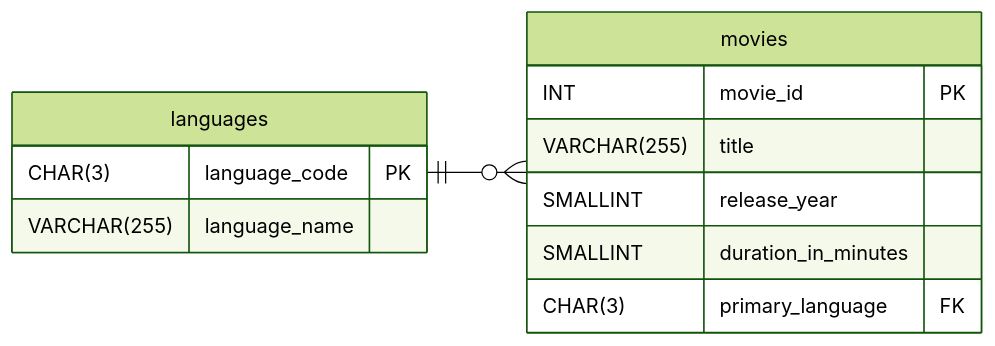
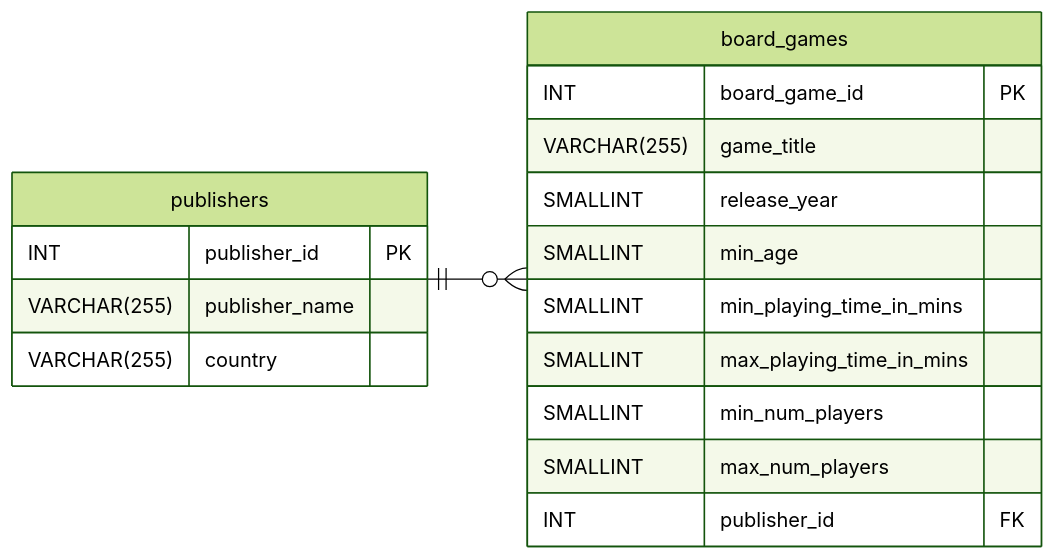
One commit to mmantle-hud/githubpages changed the first of 2 diagrams in module_3_relationships/3.1_one_to_many_relationships/3.1.3_reading_more_one_to_many_examples.md. Above: the diagram before and after it, drawn with Mermaid (forest theme). The commit also changed other lines of this file and 4 other files, not shown here.

Commit message:
Added board games examples

```diff
--- a/module_3_relationships/3.1_one_to_many_relationships/3.1.3_reading_more_one_to_many_examples.md
+++ b/module_3_relationships/3.1_one_to_many_relationships/3.1.3_reading_more_one_to_many_examples.md
@@ -19,17 +17,22 @@
 <pre class="mermaid">
 erDiagram 
     direction LR
-    languages||--o{movies : ""
+    publishers||--o{board_games : ""
 
-    languages{
-        CHAR(3) language_code PK
-        VARCHAR(255) language_name
+    publishers{
+        INT publisher_id PK
+        VARCHAR(255) publisher_name
+        VARCHAR(255) country
     }
-    movies{
-        INT movie_id PK
-        VARCHAR(255) title 
-        SMALLINT release_year
-        SMALLINT duration_in_minutes
-        CHAR(3) primary_language FK
+    board_games{
+        INT board_game_id PK
+        VARCHAR(255) game_title  
+        SMALLINT release_year  
+        SMALLINT min_age  
+        SMALLINT min_playing_time_in_mins  
+        SMALLINT max_playing_time_in_mins  
+        SMALLINT min_num_players  
+        SMALLINT max_num_players  
+        INT publisher_id FK 
     }
 </pre>
```
